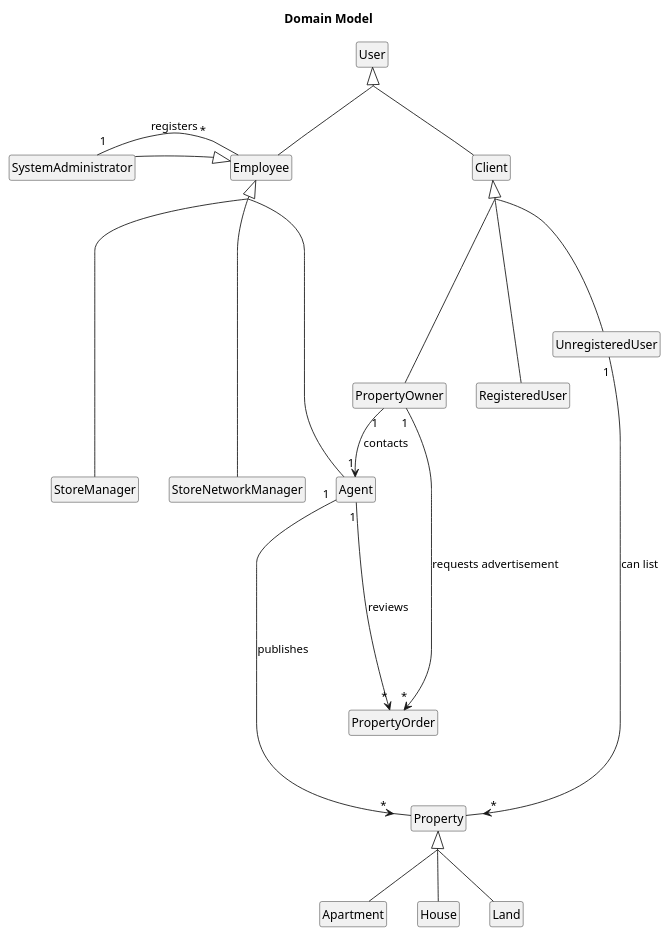
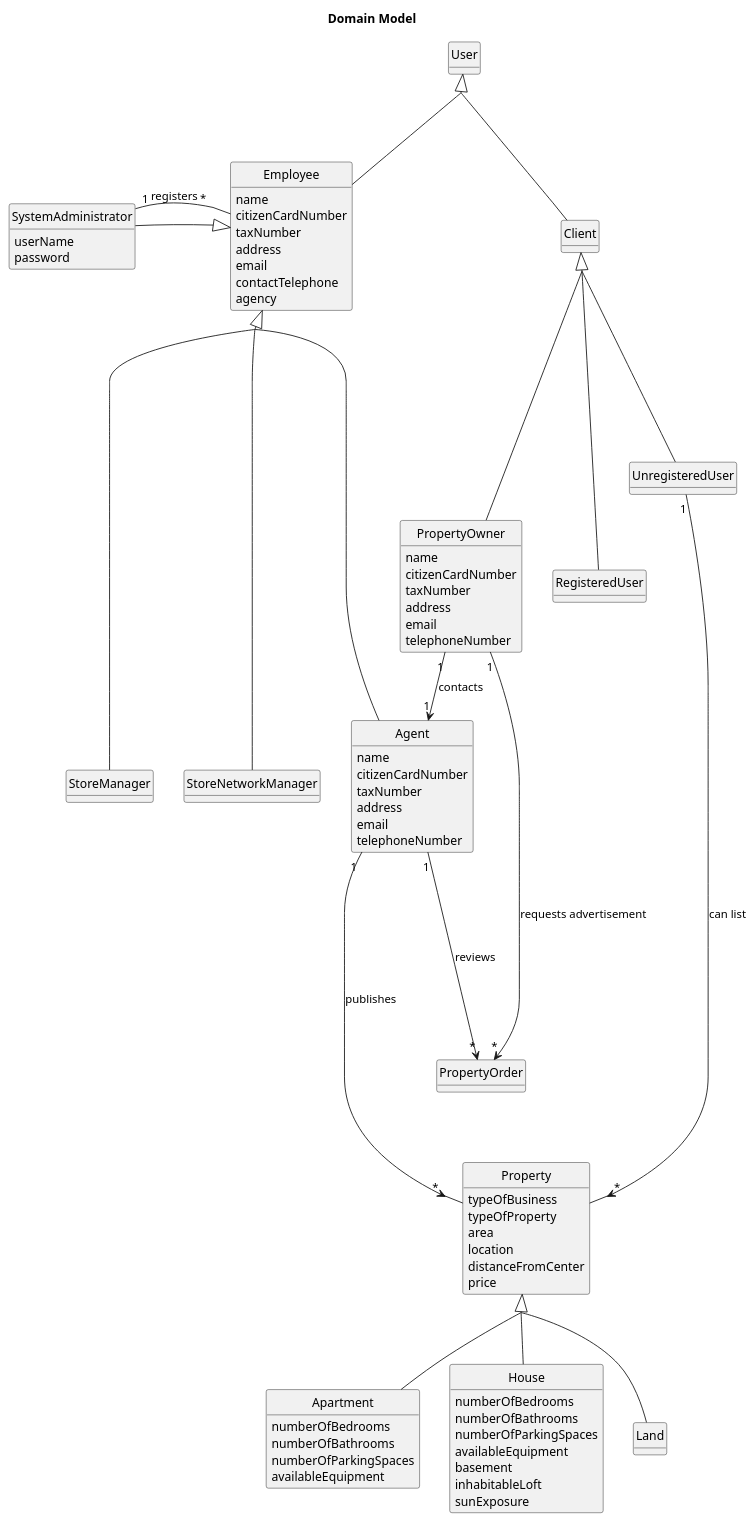
Before and after one commit to Goncalves2525/real-estate-management-system: the diagram in docs/sprintA/global-artifacts/02.analysis/puml/project-domain-model-right.puml, drawn with PlantUML.

Commit message:
Show attributes

```diff
--- a/docs/sprintA/global-artifacts/02.analysis/puml/project-domain-model-right.puml
+++ b/docs/sprintA/global-artifacts/02.analysis/puml/project-domain-model-right.puml
@@ -1,121 +1,121 @@
 @startuml
 skinparam monochrome true
 skinparam packageStyle rectangle
 skinparam shadowing false
 'skinparam linetype ortho
 skinparam classAttributeIconSize 0
 skinparam groupInheritance 2
 'skinparam linetype polyline
 
-hide attributes
+'hide attributes
 hide circle
 hide methods
 'left to right direction
 title Domain Model
 
 class Client{
 }
 
 class User{
 }
 
 class RegisteredUser{
 }
 
 class UnregisteredUser{
 }
 
 class PropertyOwner{
     name
     citizenCardNumber
     taxNumber
     address
     email
     telephoneNumber
 }
 
 class Employee{
     name
     citizenCardNumber
     taxNumber
     address
     email
     contactTelephone
     agency
 }
 
 class Agent{
     name
     citizenCardNumber
     taxNumber
     address
     email
     telephoneNumber
 }
 
 class StoreManager{
 }
 
 class StoreNetworkManager{
 }
 
 class SystemAdministrator{
    userName
    password
 }
 
 class PropertyOrder{
 }
 
 class Property{
     typeOfBusiness
     typeOfProperty
     area
     location
     distanceFromCenter
     price
 }
 
 class Apartment{
     numberOfBedrooms
     numberOfBathrooms
     numberOfParkingSpaces
     availableEquipment
 }
 
 class House{
     numberOfBedrooms
     numberOfBathrooms
     numberOfParkingSpaces
     availableEquipment
     basement
     inhabitableLoft
     sunExposure
 }
 
 class Land{
 }
 
 
 SystemAdministrator "1" -right "*" Employee : registers
 PropertyOwner "1" --> "*" PropertyOrder : requests advertisement
 PropertyOwner "1" --> "1" Agent : contacts
 Agent "1" ----> "*" PropertyOrder : reviews
 Agent "1" -----> "*" Property : publishes
 UnregisteredUser "1" ---> "*" Property: can list
 
 Client <|---- RegisteredUser
 Client <|--- UnregisteredUser
 Client <|---- PropertyOwner
 User <|-- Client
 User <|-- Employee
 Employee <|-- Agent
 Employee <|----- StoreManager
 Employee <|----- StoreNetworkManager
 Property <|-- House
 Property <|-- Apartment
 Property <|-- Land
 Employee <|-- SystemAdministrator
 
 
 @enduml
```
